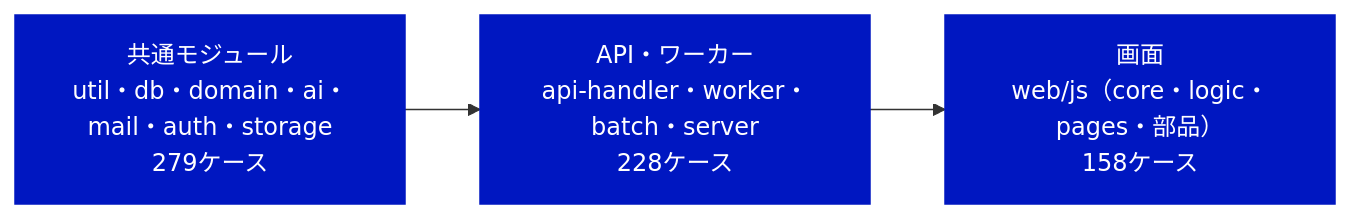
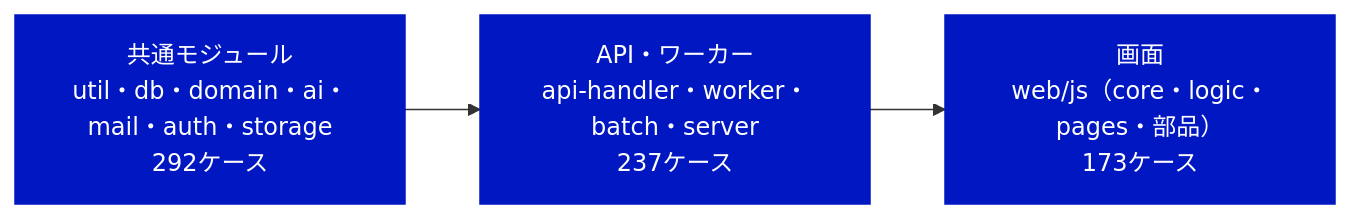
Before and after one commit to pocarialice/rpglearning: the first of 3 diagrams in documents/モジュールテスト結果報告書_RPG学習アプリ.md, drawn with Mermaid. The commit also changed other lines of this file and 1 other file, not shown here.

````diff
--- a/documents/モジュールテスト結果報告書_RPG学習アプリ.md
+++ b/documents/モジュールテスト結果報告書_RPG学習アプリ.md
@@ -23,7 +23,7 @@
 ```mermaid
 flowchart LR
-  A["共通モジュール<br>util・db・domain・ai・mail・auth・storage<br>279ケース"]:::done --> B["API・ワーカー<br>api-handler・worker・batch・server<br>228ケース"]:::done
-  B --> C["画面<br>web/js（core・logic・pages・部品）<br>158ケース"]:::done
+  A["共通モジュール<br>util・db・domain・ai・mail・auth・storage<br>292ケース"]:::done --> B["API・ワーカー<br>api-handler・worker・batch・server<br>237ケース"]:::done
+  B --> C["画面<br>web/js（core・logic・pages・部品）<br>173ケース"]:::done
   classDef done fill:#0017C1,color:#fff,stroke:#0017C1
   classDef todo fill:#fff,color:#414141,stroke:#B4B4B4,stroke-dasharray:4 3
 ```
````
